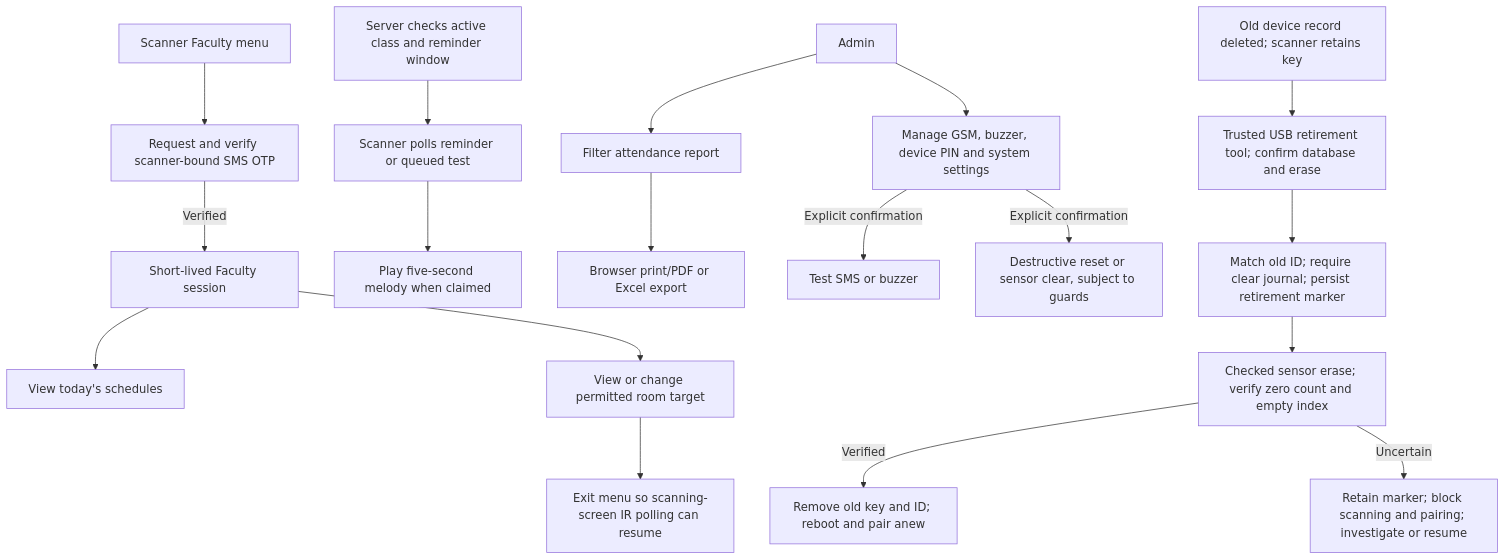
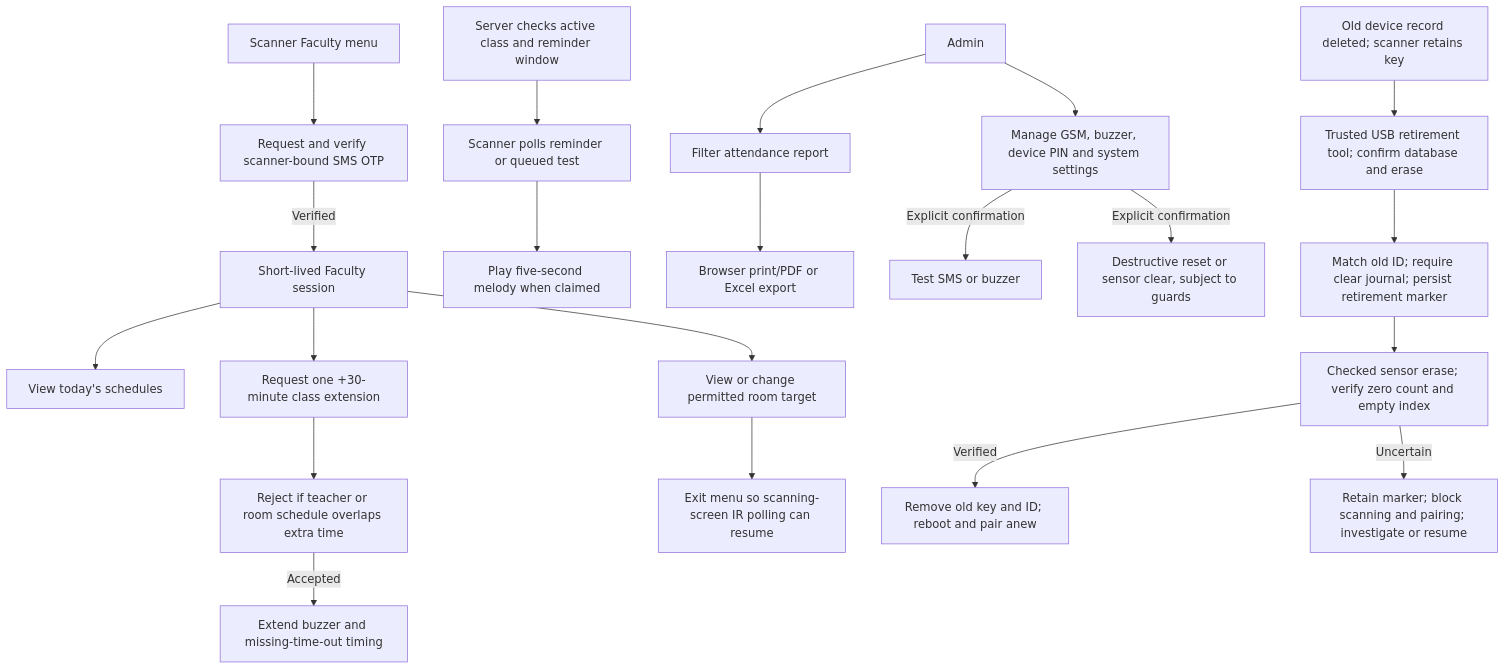
Before and after one commit to AlfredAbiera/SmartClassAC: the eighth of 8 diagrams in docs/SYSTEM_FLOWCHART.md, drawn with Mermaid. The commit also changed other lines of this file and 58 other files, not shown here.

````diff
--- a/docs/SYSTEM_FLOWCHART.md
+++ b/docs/SYSTEM_FLOWCHART.md
@@ -165,20 +165,23 @@
 ```mermaid
 flowchart TD
     Menu[Scanner Faculty menu] --> OTP[Request and verify scanner-bound SMS OTP]
     OTP -->|Verified| Session[Short-lived Faculty session]
     Session --> Schedules[View today's schedules]
     Session --> Target[View or change permitted room target]
+    Session --> Extend[Request one +30-minute class extension]
+    Extend --> Check[Reject if teacher or room schedule overlaps extra time]
+    Check -->|Accepted| Buzzer[Extend buzzer and missing-time-out timing]
     Target --> Exit[Exit menu so scanning-screen IR polling can resume]
     Reminder[Server checks active class and reminder window] --> Poll[Scanner polls reminder or queued test]
     Poll --> Tone[Play five-second melody when claimed]
     Admin[Admin] --> Report[Filter attendance report]
     Report --> Export[Browser print/PDF or Excel export]
     Admin --> Settings[Manage GSM, buzzer, device PIN and system settings]
     Settings -->|Explicit confirmation| Test[Test SMS or buzzer]
     Settings -->|Explicit confirmation| Reset[Destructive reset or sensor clear, subject to guards]
     Deleted[Old device record deleted; scanner retains key] --> USB[Trusted USB retirement tool; confirm database and erase]
     USB --> Guard[Match old ID; require clear journal; persist retirement marker]
     Guard --> Erase[Checked sensor erase; verify zero count and empty index]
     Erase -->|Verified| Retire[Remove old key and ID; reboot and pair anew]
     Erase -->|Uncertain| Block[Retain marker; block scanning and pairing; investigate or resume]
 ```
````
